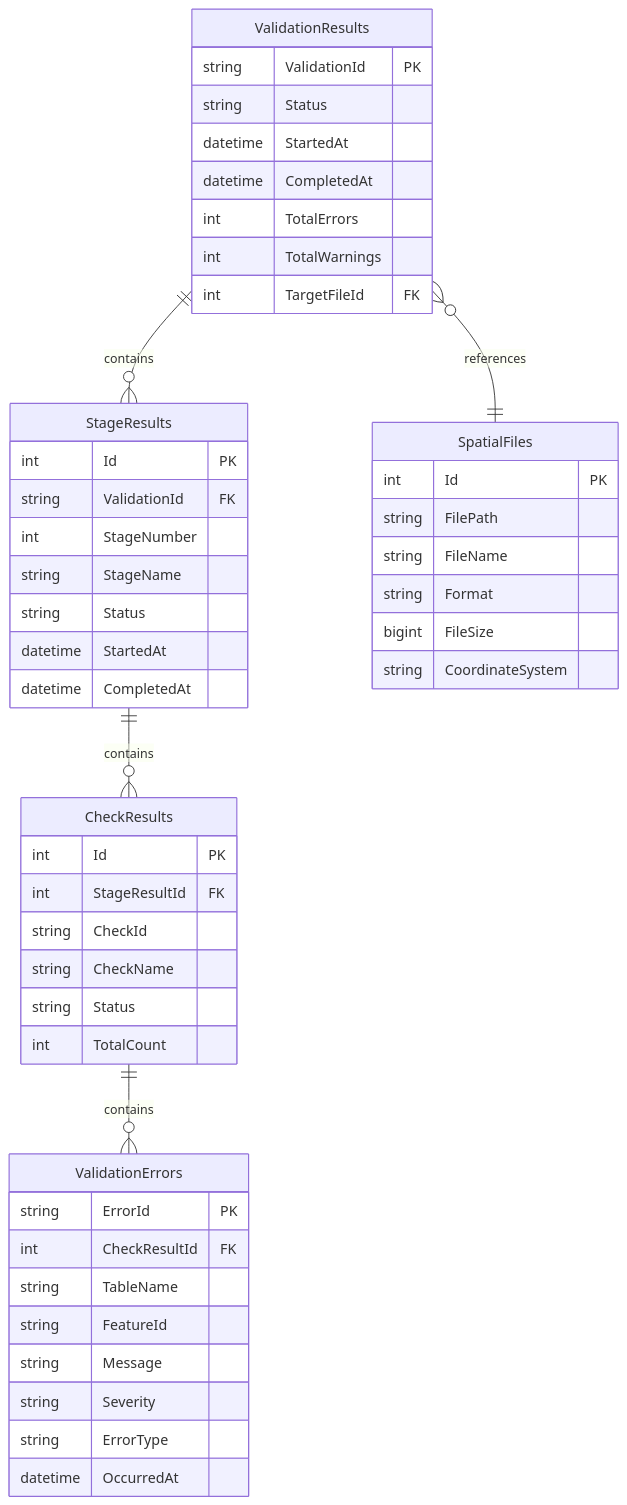
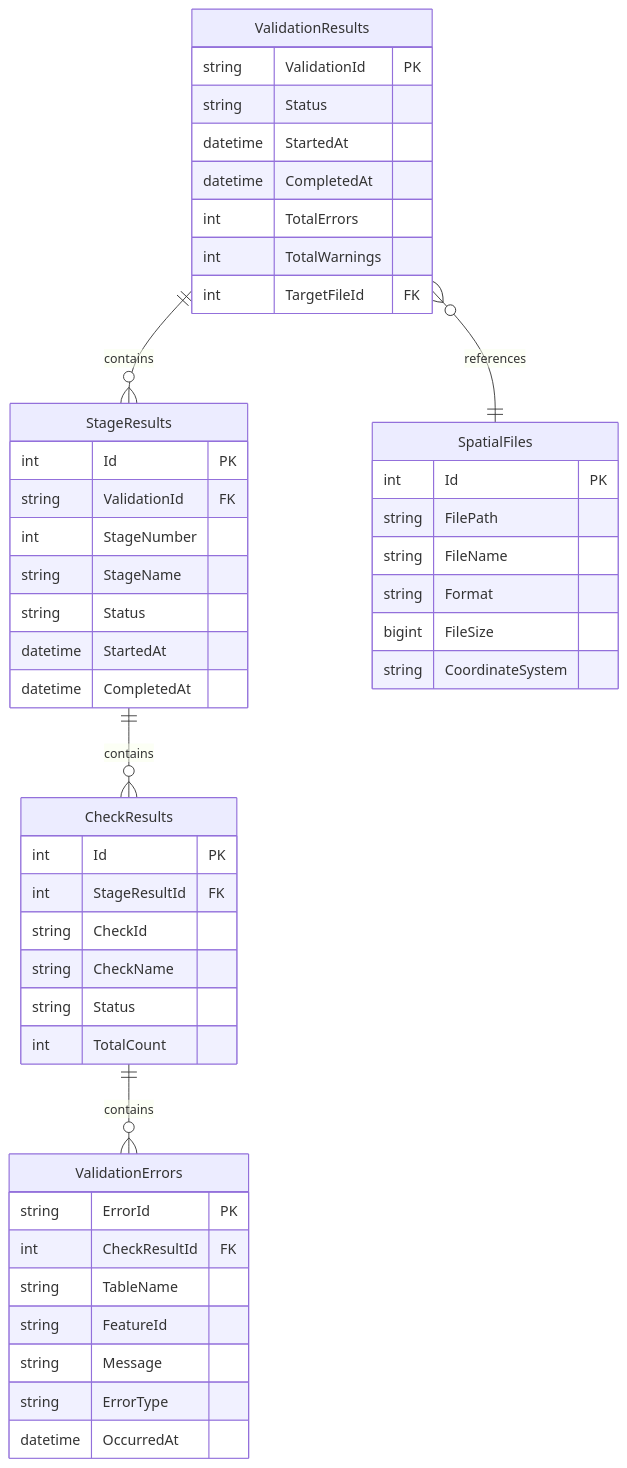
Before and after one commit to wgsystem-1/SpatialCheckPro: the fifth of 8 diagrams in SpatialCheckPro_아키텍처_다이어그램.md, drawn with Mermaid. The commit also changed other lines of this file and 2 other files, not shown here.

Commit message:
docs: 문서 최신화 - 기술 세부사항: QC_ERRORS 저장 정책/보고서 현황 갱신, Severity/Status 제거 반영 - 아키텍처 다이어그램: QcError 모델/인프라/GUI 섹션 정리(지도 기능 제거), 로깅 표기 갱신 - 아키텍처 분석: 로깅 스택, 보고서 현황, DI 구성 최신화 (DependencyInjectionConfigurator 반영)

````diff
--- a/SpatialCheckPro_아키텍처_다이어그램.md
+++ b/SpatialCheckPro_아키텍처_다이어그램.md
@@ -248,56 +242,55 @@
 ```mermaid
 erDiagram
     ValidationResults {
         string ValidationId PK
         string Status
         datetime StartedAt
         datetime CompletedAt
         int TotalErrors
         int TotalWarnings
         int TargetFileId FK
     }
     
     StageResults {
         int Id PK
         string ValidationId FK
         int StageNumber
         string StageName
         string Status
         datetime StartedAt
         datetime CompletedAt
     }
     
     CheckResults {
         int Id PK
         int StageResultId FK
         string CheckId
         string CheckName
         string Status
         int TotalCount
     }
     
     ValidationErrors {
         string ErrorId PK
         int CheckResultId FK
         string TableName
         string FeatureId
         string Message
-        string Severity
         string ErrorType
         datetime OccurredAt
     }
     
     SpatialFiles {
         int Id PK
         string FilePath
         string FileName
         string Format
         bigint FileSize
         string CoordinateSystem
     }
     
     ValidationResults ||--o{ StageResults : contains
     StageResults ||--o{ CheckResults : contains
     CheckResults ||--o{ ValidationErrors : contains
     ValidationResults }o--|| SpatialFiles : references
 ```
````
